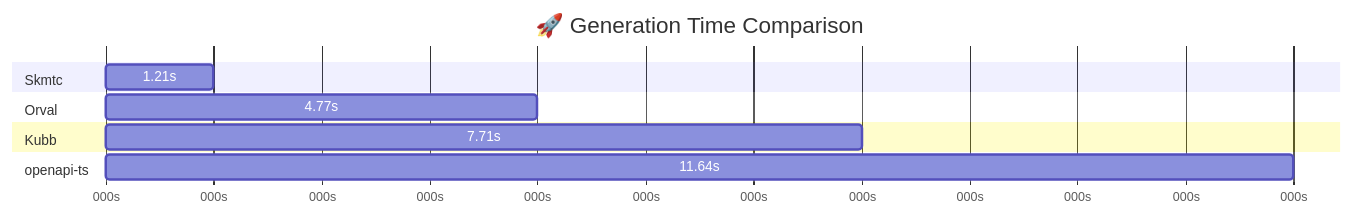
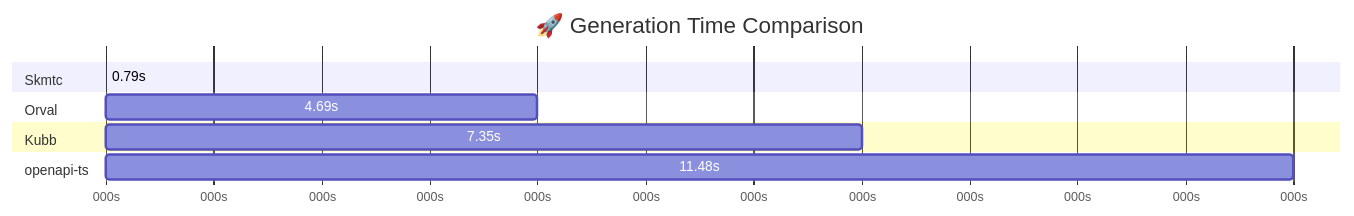
Before and after one commit to skmtc/openapi-codegen-benchmarks: the diagram in README.md, drawn with Mermaid. The commit also changed other lines of this file and 7 other files, not shown here.

````diff
--- a/README.md
+++ b/README.md
@@ -24,18 +24,18 @@
 ```mermaid
 gantt
     title 🚀 Generation Time Comparison
     dateFormat X
     axisFormat %Ls
-
+    
     section Skmtc
-    1.21s :0, 1
-
+    0.79s :0, 0
+    
     section Orval
-    4.77s :0, 4
-
+    4.69s :0, 4
+    
     section Kubb
-    7.71s :0, 7
-
+    7.35s :0, 7
+    
     section openapi-ts
-    11.64s :0, 11
+    11.48s :0, 11
 ```
````
